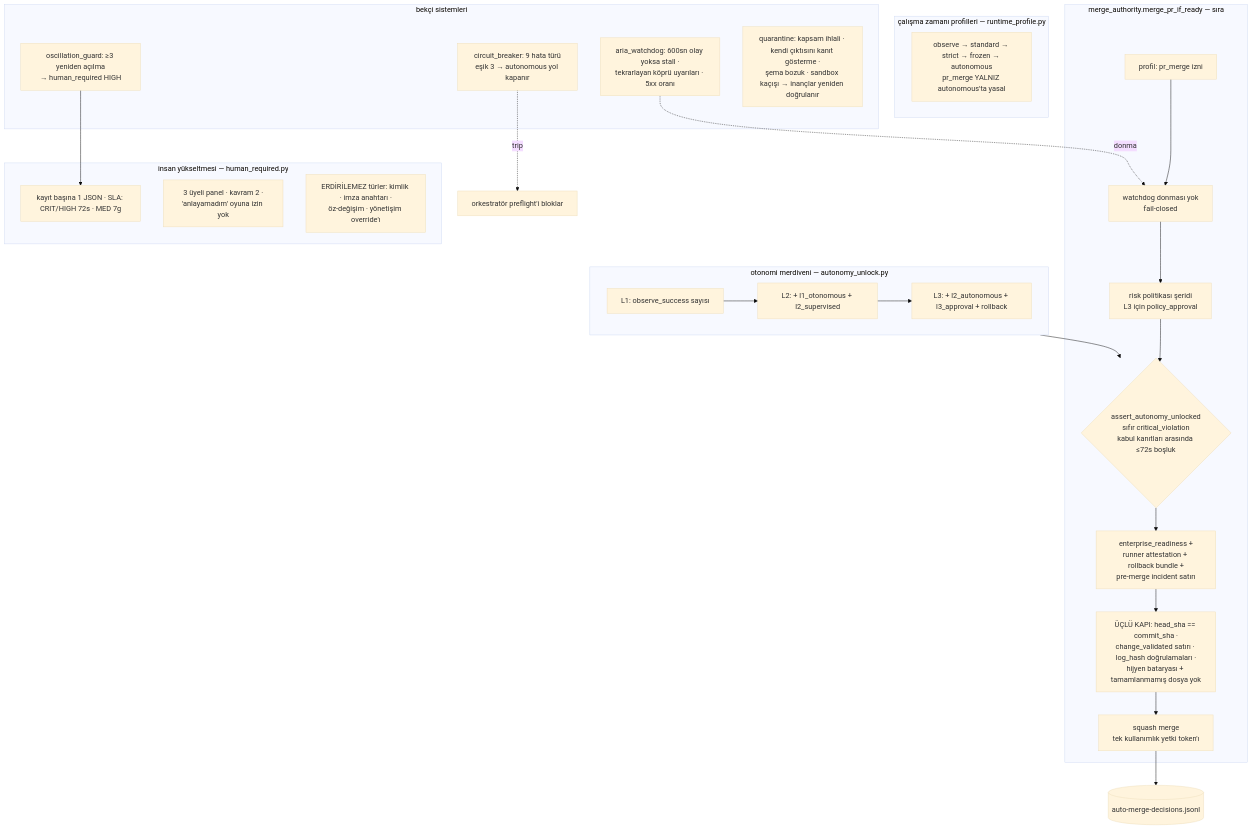
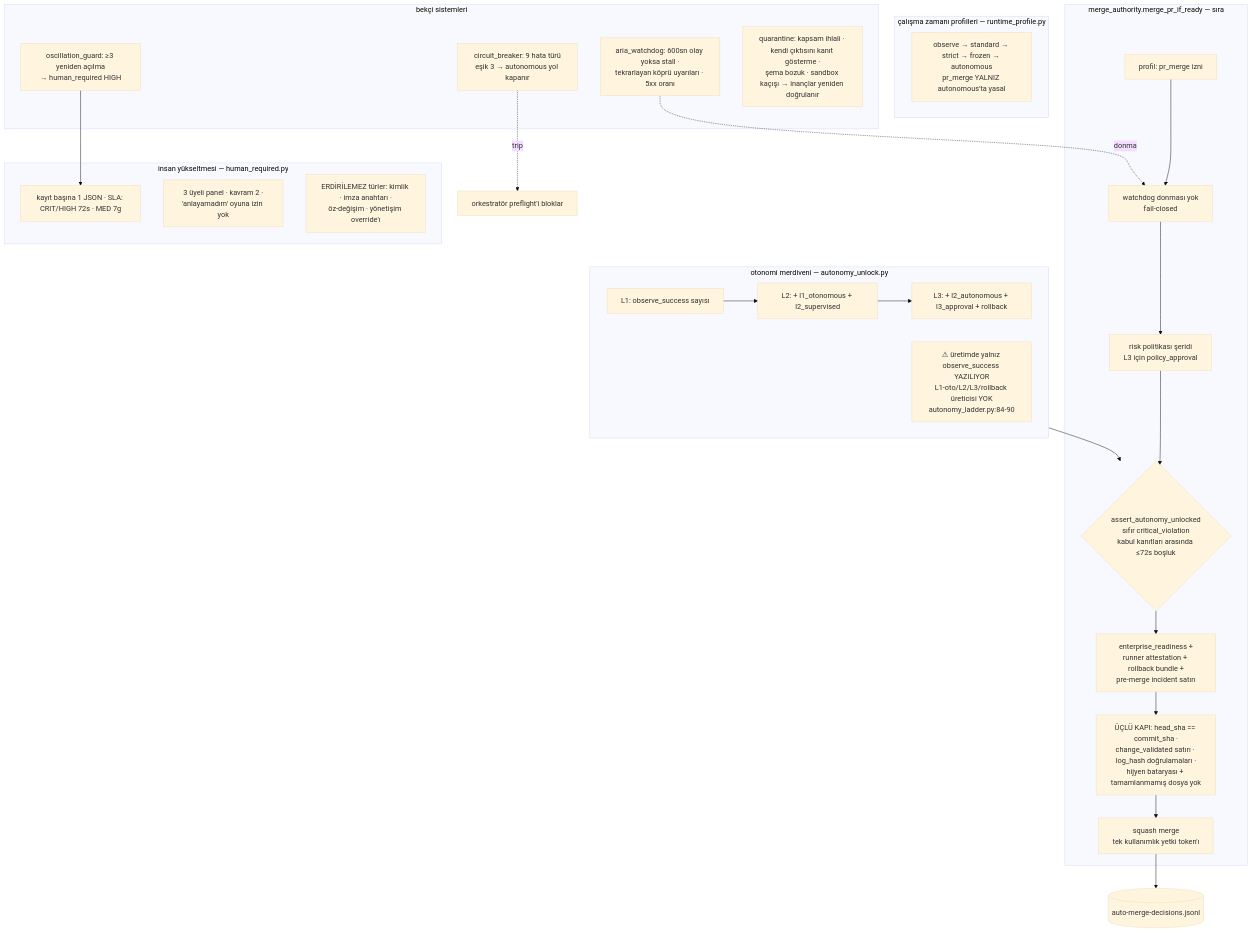
One commit to Okan-wqm/aquaculture_platform changed the seventh of 25 diagrams in ARIA-MIMARI-SEMALARI.md. Above: the diagram before and after it, drawn with Mermaid (base theme). The commit also changed other lines of this file and 2 other files, not shown here.

````diff
--- a/ARIA-MIMARI-SEMALARI.md
+++ b/ARIA-MIMARI-SEMALARI.md
@@ -269,34 +271,35 @@
 ```mermaid
 flowchart TD
     subgraph PROFILES[çalışma zamanı profilleri — runtime_profile.py]
         PRF[observe → standard → strict → frozen → autonomous<br/>pr_merge YALNIZ autonomous'ta yasal]
     end
     subgraph LADDER[otonomi merdiveni — autonomy_unlock.py]
         L1[L1: observe_success sayısı] --> L2[L2: + l1_otonomous + l2_supervised]
         L2 --> L3[L3: + l2_autonomous + l3_approval + rollback]
+        LX[⚠ üretimde yalnız observe_success YAZILIYOR<br/>L1-oto/L2/L3/rollback üreticisi YOK<br/>autonomy_ladder.py:84-90]
     end
     LADDER --> GATE{assert_autonomy_unlocked<br/>sıfır critical_violation<br/>kabul kanıtları arasında ≤72s boşluk}
     subgraph MG[merge_authority.merge_pr_if_ready — sıra]
         M1[profil: pr_merge izni] --> M2[watchdog donması yok<br/>fail-closed]
         M2 --> M3[risk politikası şeridi<br/>L3 için policy_approval]
         M3 --> GATE
         GATE --> M4[enterprise_readiness +<br/>runner attestation + rollback bundle +<br/>pre-merge incident satırı]
         M4 --> M5[ÜÇLÜ KAPI: head_sha == commit_sha ·<br/>change_validated satırı · log_hash doğrulamaları ·<br/>hijyen bataryası + tamamlanmamış dosya yok]
         M5 --> M6[squash merge<br/>tek kullanımlık yetki token'ı]
     end
     M6 --> MD[(auto-merge-decisions.jsonl)]
     subgraph GUARDS[bekçi sistemleri]
         WD[aria_watchdog: 600sn olay yoksa stall ·<br/>tekrarlayan köprü uyarıları · 5xx oranı]
         CB[circuit_breaker: 9 hata türü<br/>eşik 3 → autonomous yol kapanır]
         OG[oscillation_guard: ≥3 yeniden açılma<br/>→ human_required HIGH]
         QN[quarantine: kapsam ihlali · kendi çıktısını kanıt gösterme ·<br/>şema bozuk · sandbox kaçışı → inançlar yeniden doğrulanır]
     end
     WD -.donma.-> M2
     CB -.trip.-> ORK[orkestratör preflight'i bloklar]
     subgraph HUMAN[insan yükseltmesi — human_required.py]
         H1[kayıt başına 1 JSON · SLA: CRIT/HIGH 72s · MED 7g]
         H2[3 üyeli panel · kavram 2 ·<br/>'anlayamadım' oyuna izin yok]
         H3[ERDİRİLEMEZ türler: kimlik · imza anahtarı ·<br/>öz-değişim · yönetişim override'ı]
     end
     OG --> H1
 ```
````
